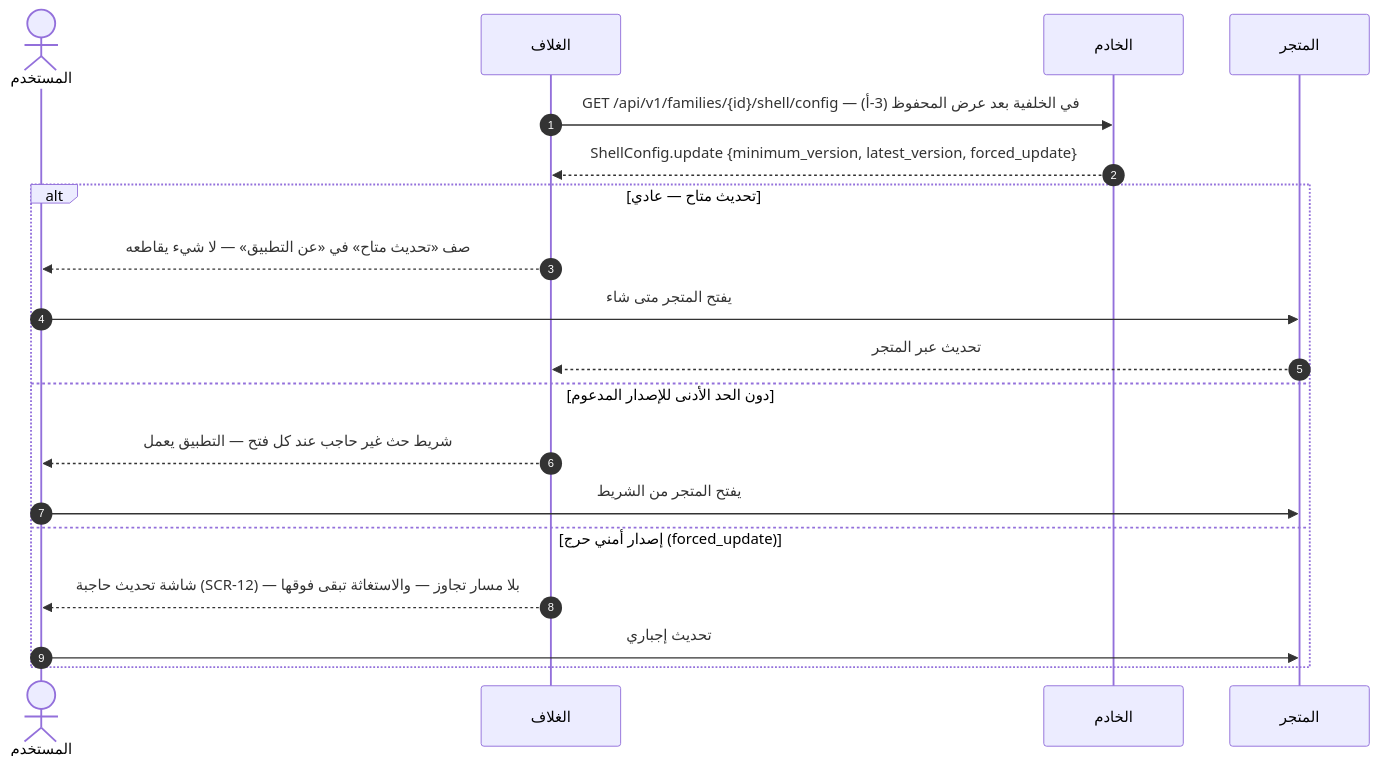
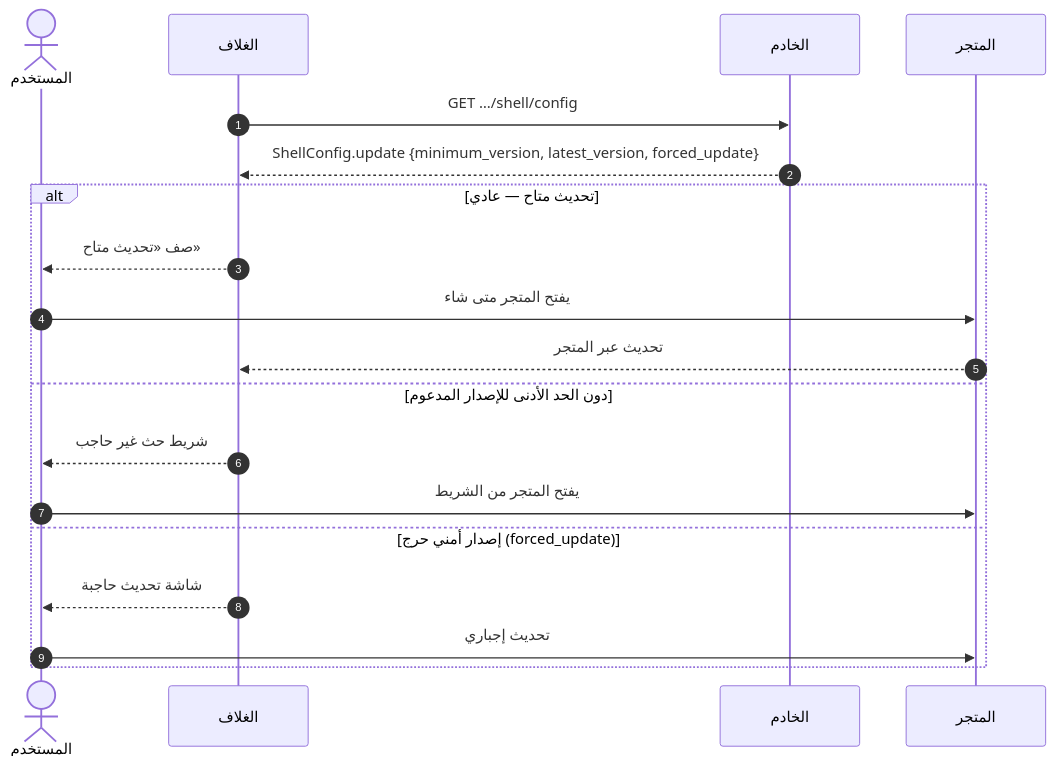
Before and after one commit to Bassam-mohammed-alqaeadi/family-os-v2: the tenth of 19 diagrams in docs/family-os/governance/phases/phase-1/S1-01-app-shell-and-platform/DIAGRAMS.md, drawn with Mermaid. The commit also changed other lines of this file, not shown here.

````diff
--- a/docs/family-os/governance/phases/phase-1/S1-01-app-shell-and-platform/DIAGRAMS.md
+++ b/docs/family-os/governance/phases/phase-1/S1-01-app-shell-and-platform/DIAGRAMS.md
@@ -384,21 +402,21 @@
 ```mermaid
 sequenceDiagram
     autonumber
     actor User as المستخدم
     participant Shell as الغلاف
     participant Ktor as الخادم
     participant Store as المتجر
-    Shell->>Ktor: GET /api/v1/families/{id}/shell/config — في الخلفية بعد عرض المحفوظ (3-أ)
+    Shell->>Ktor: GET …/shell/config
     Ktor-->>Shell: ShellConfig.update {minimum_version, latest_version, forced_update}
     alt تحديث متاح — عادي
-        Shell-->>User: صف «تحديث متاح» في «عن التطبيق» — لا شيء يقاطعه
+        Shell-->>User: صف «تحديث متاح»
         User->>Store: يفتح المتجر متى شاء
         Store-->>Shell: تحديث عبر المتجر
     else دون الحد الأدنى للإصدار المدعوم
-        Shell-->>User: شريط حث غير حاجب عند كل فتح — التطبيق يعمل
+        Shell-->>User: شريط حث غير حاجب
         User->>Store: يفتح المتجر من الشريط
     else إصدار أمني حرج (forced_update)
-        Shell-->>User: شاشة تحديث حاجبة (SCR-12) — بلا مسار تجاوز — والاستغاثة تبقى فوقها
+        Shell-->>User: شاشة تحديث حاجبة
         User->>Store: تحديث إجباري
     end
 ```
````
